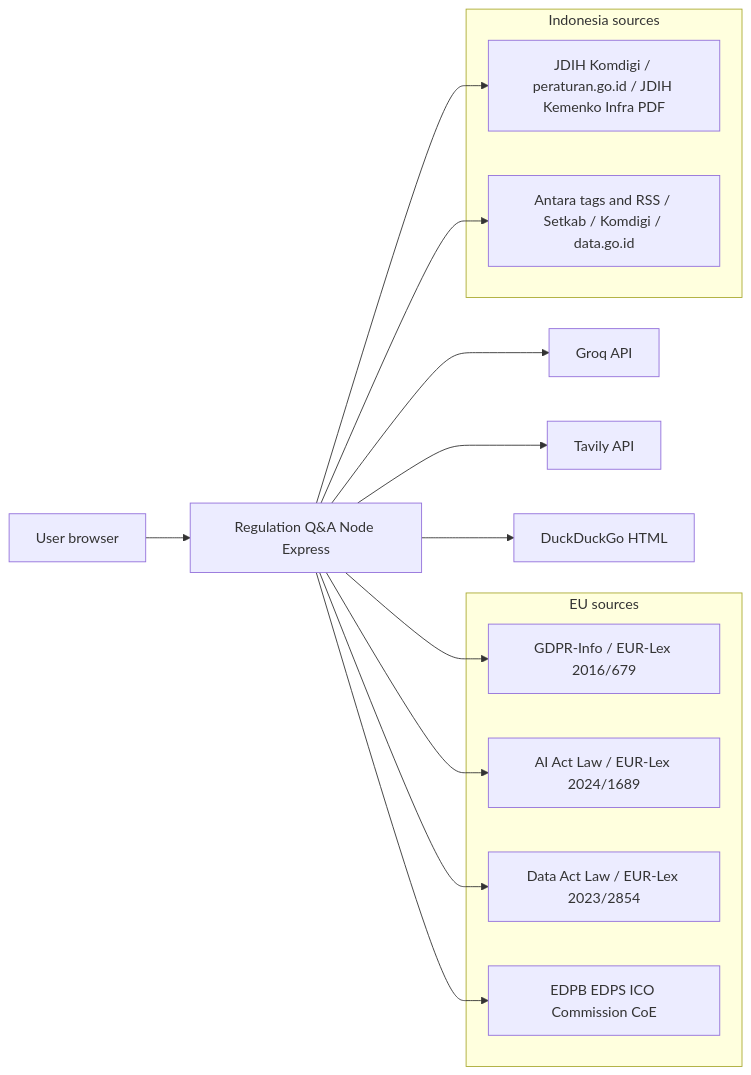
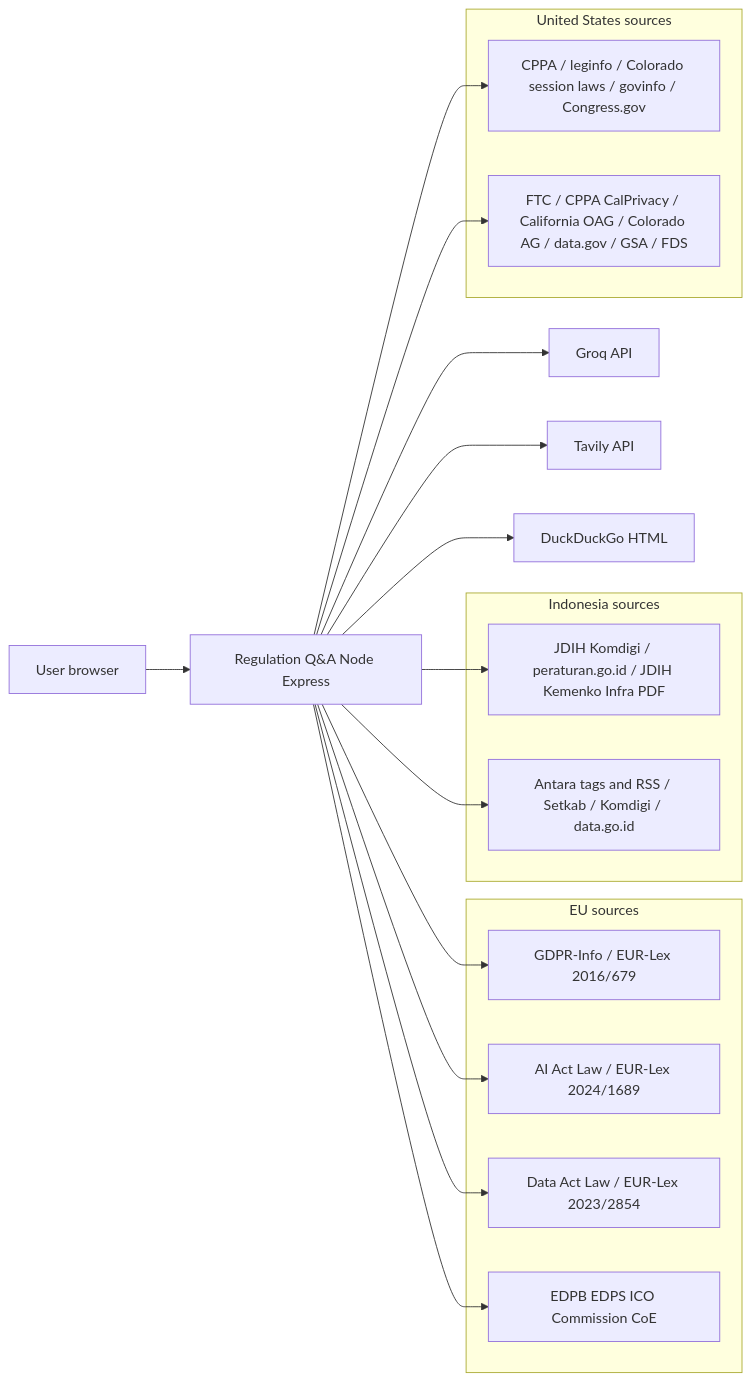
The first of 8 diagrams in docs/ARCHITECTURE.md (RifqiMT/gdpr-qa-platform), drawn with Mermaid before and after one commit. The commit also changed other lines of this file and 51 other files, not shown here.

````diff
--- a/docs/ARCHITECTURE.md
+++ b/docs/ARCHITECTURE.md
@@ -10,32 +10,39 @@
 ```mermaid
 flowchart LR
   user[User browser]
   app[Regulation Q&A Node Express]
 
   subgraph EU["EU sources"]
     gdprSrc[GDPR-Info / EUR-Lex 2016/679]
     aiSrc[AI Act Law / EUR-Lex 2024/1689]
     daSrc[Data Act Law / EUR-Lex 2023/2854]
     euNews[EDPB EDPS ICO Commission CoE]
   end
 
   subgraph ID["Indonesia sources"]
     jdih[JDIH Komdigi / peraturan.go.id / JDIH Kemenko Infra PDF]
     idNews[Antara tags and RSS / Setkab / Komdigi / data.go.id]
   end
 
+  subgraph US["United States sources"]
+    usLaw[CPPA / leginfo / Colorado session laws / govinfo / Congress.gov]
+    usNews[FTC / CPPA CalPrivacy / California OAG / Colorado AG / data.gov / GSA / FDS]
+  end
+
   groq[Groq API]
   tavily[Tavily API]
   ddg[DuckDuckGo HTML]
 
   user --> app
   app --> gdprSrc
   app --> aiSrc
   app --> daSrc
   app --> jdih
   app --> euNews
   app --> idNews
+  app --> usLaw
+  app --> usNews
   app --> groq
   app --> tavily
   app --> ddg
 ```
````
